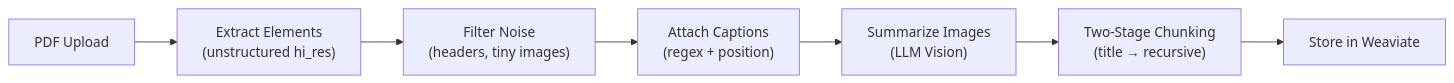
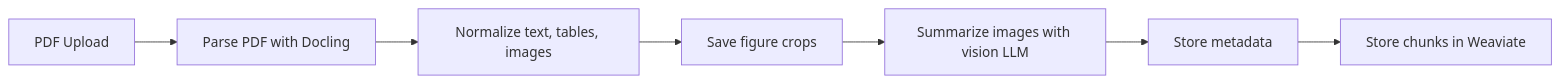
Before and after one commit to phuocNg964/advanced-rag: the second of 2 diagrams in README.md, drawn with Mermaid. The commit also changed other lines of this file and 57 other files, not shown here.

````diff
--- a/README.md
+++ b/README.md
@@ -145,9 +273,9 @@
 ```mermaid
 graph LR
-    A["PDF Upload"] --> B["Extract Elements<br/>(unstructured hi_res)"]
-    B --> C["Filter Noise<br/>(headers, tiny images)"]
-    C --> D["Attach Captions<br/>(regex + position)"]
-    D --> E["Summarize Images<br/>(LLM Vision)"]
-    E --> F["Two-Stage Chunking<br/>(title → recursive)"]
-    F --> G["Store in Weaviate"]
+    A["PDF Upload"] --> B["Parse PDF with Docling"]
+    B --> C["Normalize text, tables, images"]
+    C --> D["Save figure crops"]
+    D --> E["Summarize images with vision LLM"]
+    E --> F["Store metadata"]
+    F --> G["Store chunks in Weaviate"]
 ```
````
